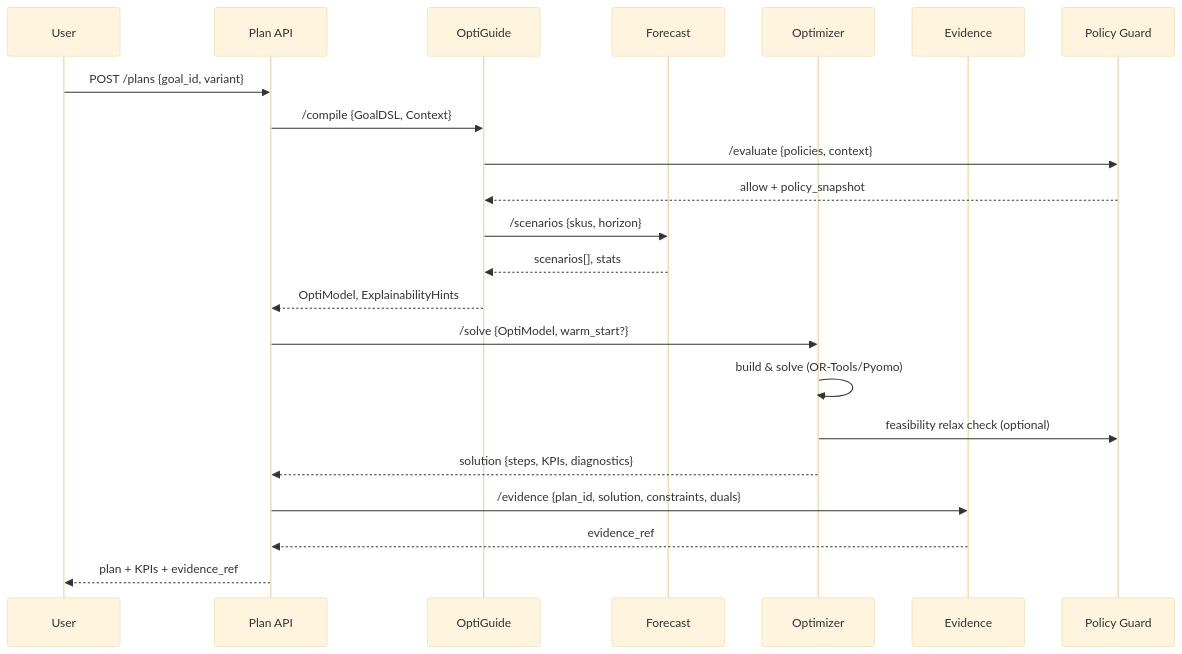
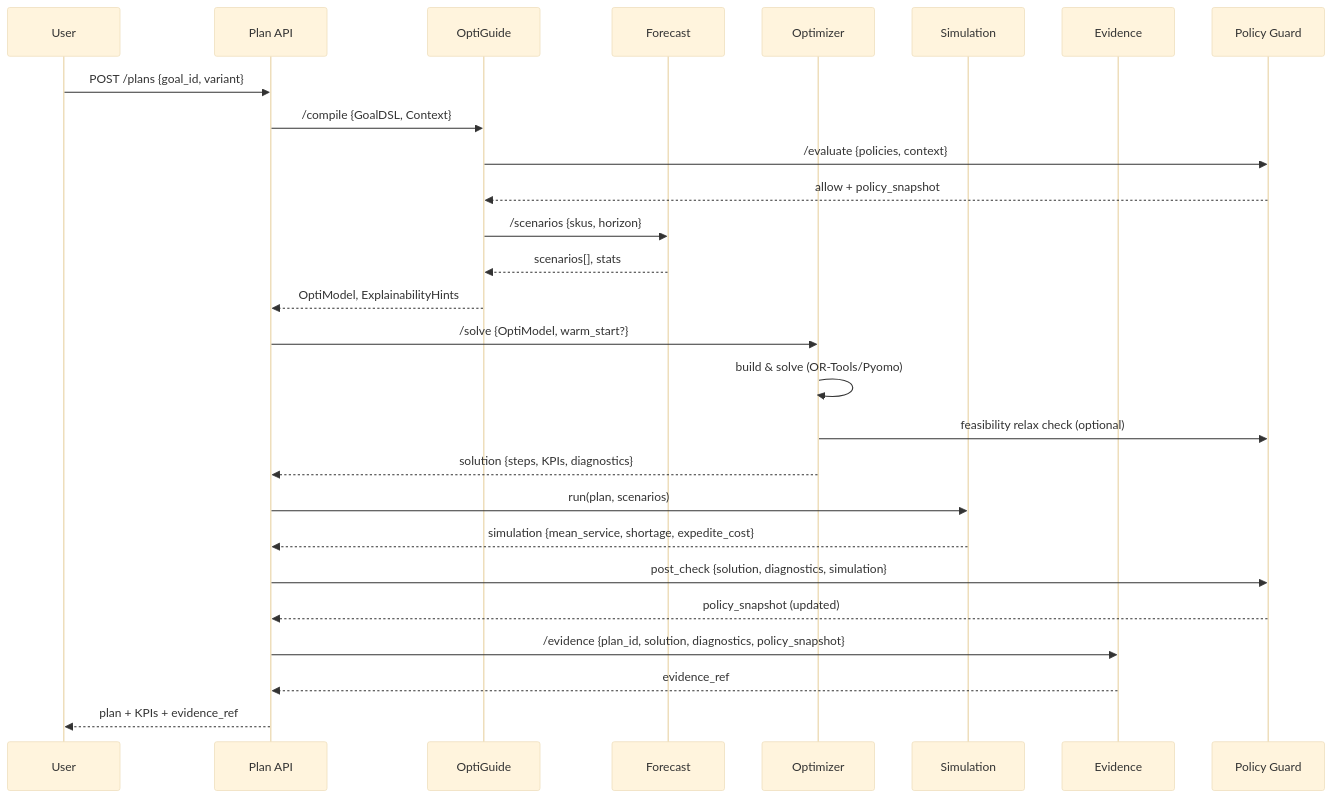
One commit to balureddy003/dyocense changed the second of 4 diagrams in kernel/KernelDESIGN.md. Above: the diagram before and after it, drawn with Mermaid (base theme). The commit also changed other lines of this file and 44 other files, not shown here.

````diff
--- a/kernel/KernelDESIGN.md
+++ b/kernel/KernelDESIGN.md
@@ -42,25 +44,30 @@
 ```mermaid
 sequenceDiagram
   participant U as User
   participant API as Plan API
   participant OG as OptiGuide
   participant FC as Forecast
   participant OP as Optimizer
+  participant SIM as Simulation
   participant EG as Evidence
   participant OPA as Policy Guard
 
   U->>API: POST /plans {goal_id, variant}
   API->>OG: /compile {GoalDSL, Context}
   OG->>OPA: /evaluate {policies, context}
   OPA-->>OG: allow + policy_snapshot
   OG->>FC: /scenarios {skus, horizon}
   FC-->>OG: scenarios[], stats
   OG-->>API: OptiModel, ExplainabilityHints
   API->>OP: /solve {OptiModel, warm_start?}
   OP->>OP: build & solve (OR-Tools/Pyomo)
   OP->>OPA: feasibility relax check (optional)
   OP-->>API: solution {steps, KPIs, diagnostics}
-  API->>EG: /evidence {plan_id, solution, constraints, duals}
+  API->>SIM: run(plan, scenarios)
+  SIM-->>API: simulation {mean_service, shortage, expedite_cost}
+  API->>OPA: post_check {solution, diagnostics, simulation}
+  OPA-->>API: policy_snapshot (updated)
+  API->>EG: /evidence {plan_id, solution, diagnostics, policy_snapshot}
   EG-->>API: evidence_ref
   API-->>U: plan + KPIs + evidence_ref
 ```
````
